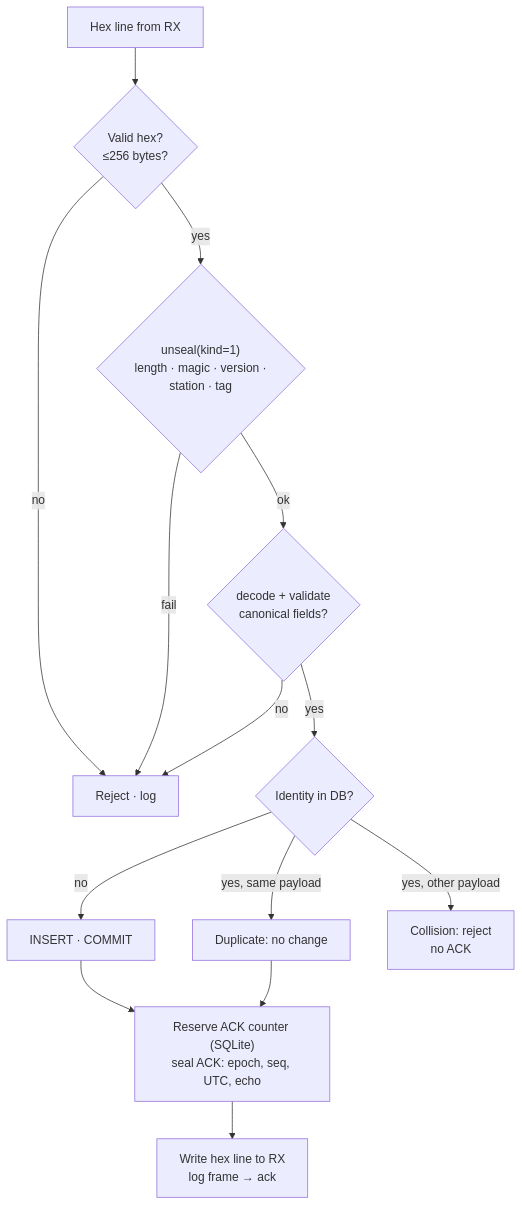
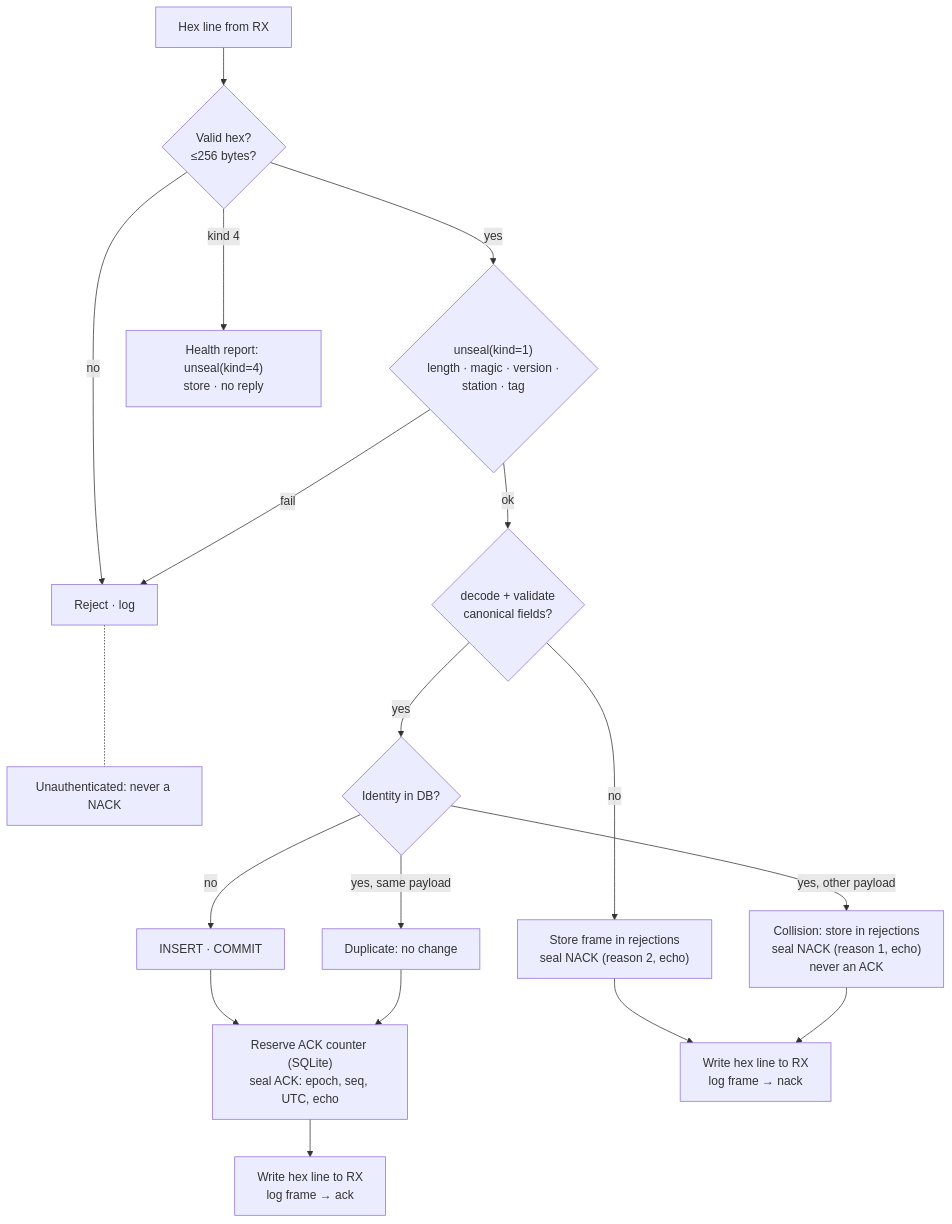
The ninth of 11 diagrams in docs/protocol-stack.md (clintecker/weather-station-2026), drawn with Mermaid before and after one commit. The commit also changed other lines of this file and 29 other files, not shown here.

````diff
--- a/docs/protocol-stack.md
+++ b/docs/protocol-stack.md
@@ -565,16 +634,20 @@
 ```mermaid
 flowchart TD
   L["Hex line from RX"] --> P{"Valid hex?<br/>≤256 bytes?"}
   P -- no --> RJ["Reject · log"]
   P -- yes --> U{"unseal(kind=1)<br/>length · magic · version ·<br/>station · tag"}
+  P -- "kind 4" --> DG["Health report: unseal(kind=4)<br/>store · no reply"]
   U -- fail --> RJ
+  RJ -.- NO["Unauthenticated: never a NACK"]
   U -- ok --> D{"decode + validate<br/>canonical fields?"}
-  D -- no --> RJ
+  D -- no --> NK["Store frame in rejections<br/>seal NACK (reason 2, echo)"]
   D -- yes --> I{"Identity in DB?"}
   I -- "no" --> W["INSERT · COMMIT"]
   I -- "yes, same payload" --> DUP["Duplicate: no change"]
-  I -- "yes, other payload" --> COL["Collision: reject<br/>no ACK"]
+  I -- "yes, other payload" --> COL["Collision: store in rejections<br/>seal NACK (reason 1, echo)<br/>never an ACK"]
   W --> A["Reserve ACK counter (SQLite)<br/>seal ACK: epoch, seq, UTC, echo"]
   DUP --> A
   A --> S["Write hex line to RX<br/>log frame → ack"]
+  NK --> S2["Write hex line to RX<br/>log frame → nack"]
+  COL --> S2
 ```
````
